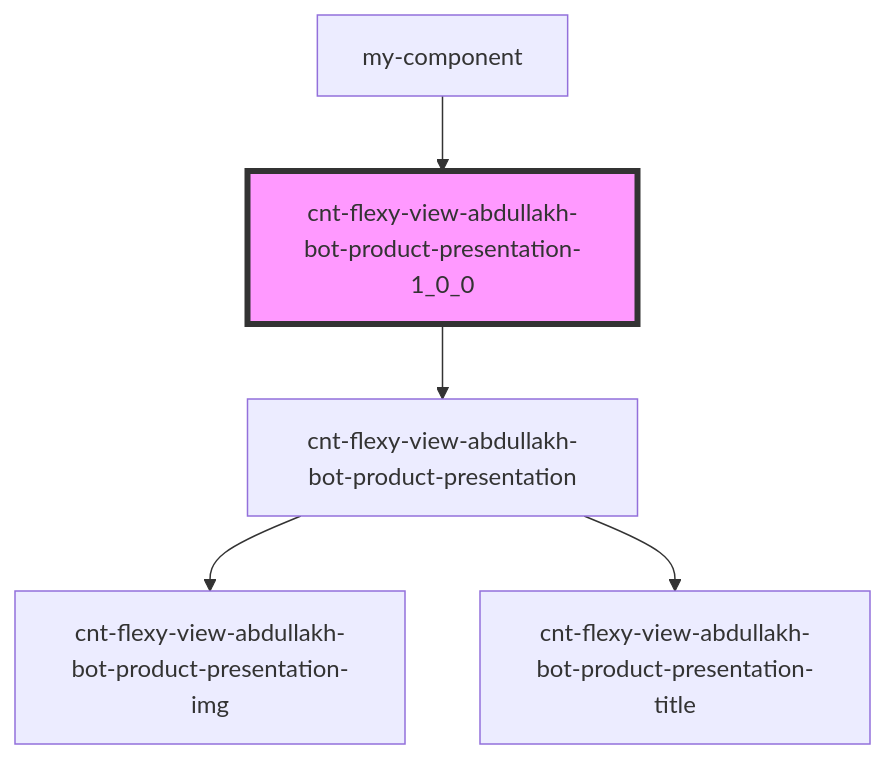
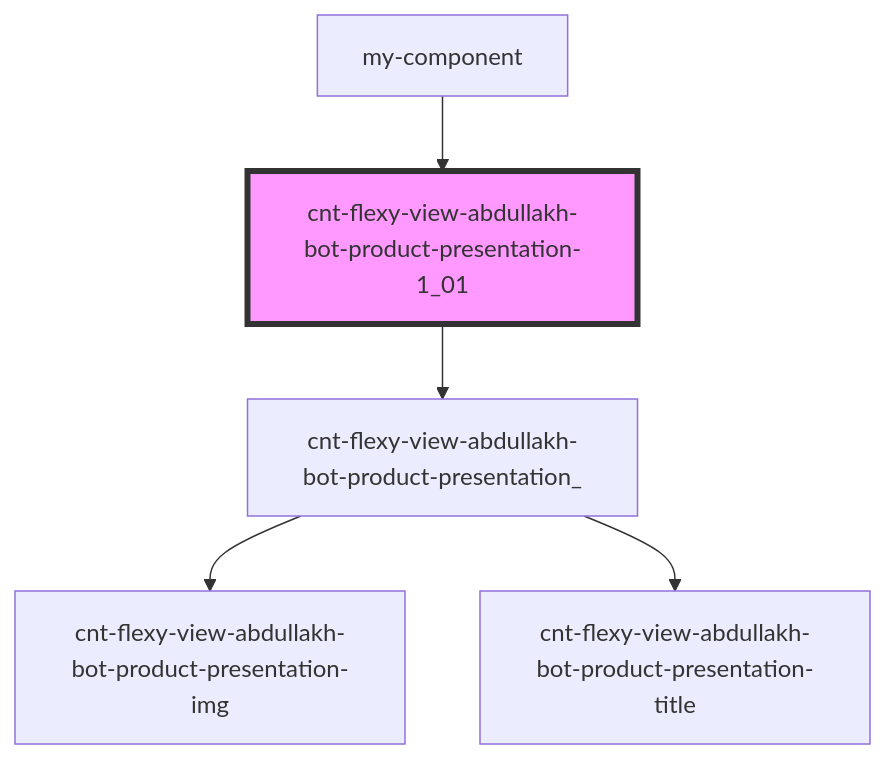
The diagram in src/components/cnt-flexy-view-abdullakh-bot-product-presentation/readme.md (Wokh-Dada/botdevelopmentapp), drawn with Mermaid before and after one commit. The commit also changed other lines of this file and 34 other files, not shown here.

````diff
--- a/src/components/cnt-flexy-view-abdullakh-bot-product-presentation/readme.md
+++ b/src/components/cnt-flexy-view-abdullakh-bot-product-presentation/readme.md
@@ -34,8 +34,8 @@
 ```mermaid
 graph TD;
-  cnt-flexy-view-abdullakh-bot-product-presentation-1_0_0 --> cnt-flexy-view-abdullakh-bot-product-presentation
-  cnt-flexy-view-abdullakh-bot-product-presentation --> cnt-flexy-view-abdullakh-bot-product-presentation-img
-  cnt-flexy-view-abdullakh-bot-product-presentation --> cnt-flexy-view-abdullakh-bot-product-presentation-title
-  my-component --> cnt-flexy-view-abdullakh-bot-product-presentation-1_0_0
-  style cnt-flexy-view-abdullakh-bot-product-presentation-1_0_0 fill:#f9f,stroke:#333,stroke-width:4px
+  cnt-flexy-view-abdullakh-bot-product-presentation-1_01 --> cnt-flexy-view-abdullakh-bot-product-presentation_
+  cnt-flexy-view-abdullakh-bot-product-presentation_ --> cnt-flexy-view-abdullakh-bot-product-presentation-img
+  cnt-flexy-view-abdullakh-bot-product-presentation_ --> cnt-flexy-view-abdullakh-bot-product-presentation-title
+  my-component --> cnt-flexy-view-abdullakh-bot-product-presentation-1_01
+  style cnt-flexy-view-abdullakh-bot-product-presentation-1_01 fill:#f9f,stroke:#333,stroke-width:4px
 ```
````
